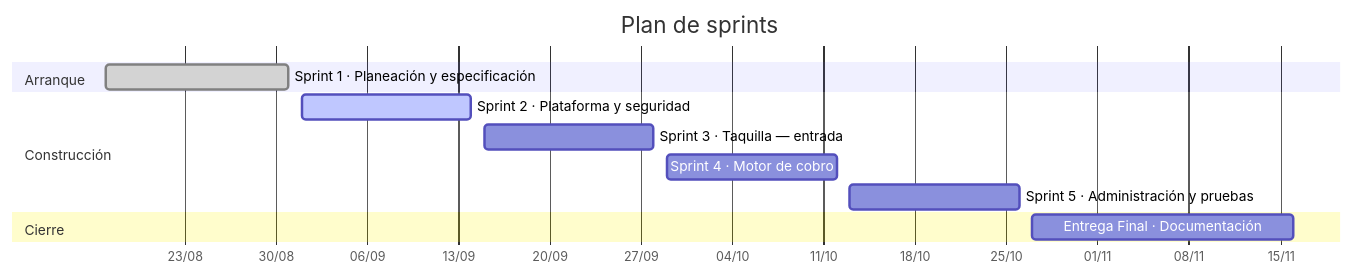
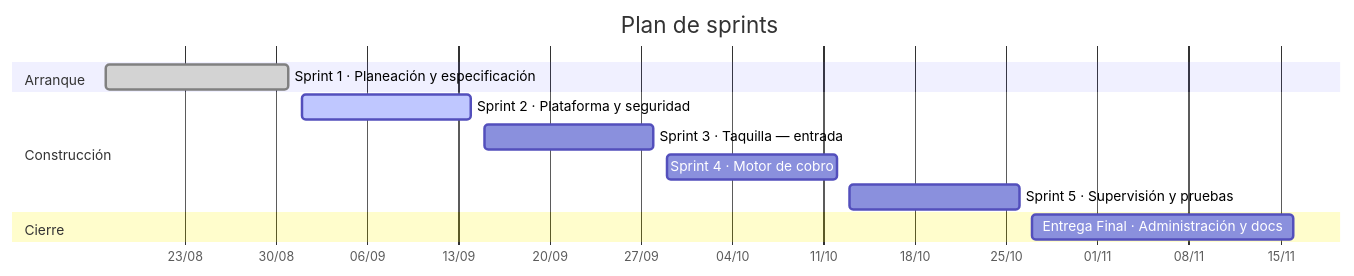
Before and after one commit to Alexander-hub-co/Fundamentos_Ing_SW: the diagram in Docs/Entrega-1/calendario.md, drawn with Mermaid. The commit also changed other lines of this file and 1 other file, not shown here.

````diff
--- a/Docs/Entrega-1/calendario.md
+++ b/Docs/Entrega-1/calendario.md
@@ -13,18 +13,18 @@
 ```mermaid
 gantt
     title Plan de sprints
     dateFormat YYYY-MM-DD
     axisFormat %d/%m
 
     section Arranque
     Sprint 1 · Planeación y especificación   :done, s1, 2026-08-17, 2026-08-31
 
     section Construcción
     Sprint 2 · Plataforma y seguridad        :active, s2, 2026-09-01, 2026-09-14
     Sprint 3 · Taquilla — entrada            :s3, 2026-09-15, 2026-09-28
     Sprint 4 · Motor de cobro                :s4, 2026-09-29, 2026-10-12
-    Sprint 5 · Administración y pruebas      :s5, 2026-10-13, 2026-10-26
+    Sprint 5 · Supervisión y pruebas        :s5, 2026-10-13, 2026-10-26
 
     section Cierre
-    Entrega Final · Documentación            :ef, 2026-10-27, 2026-11-16
+    Entrega Final · Administración y docs    :ef, 2026-10-27, 2026-11-16
 ```
````
